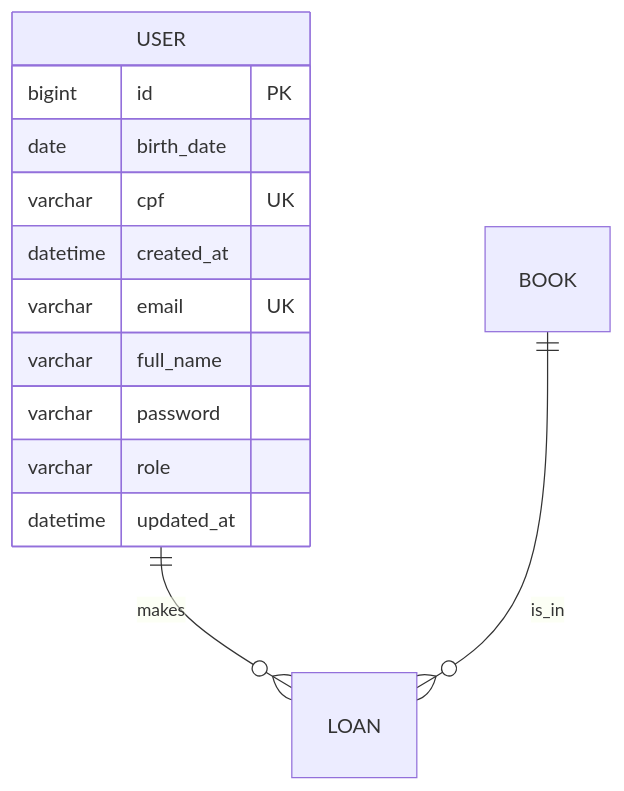
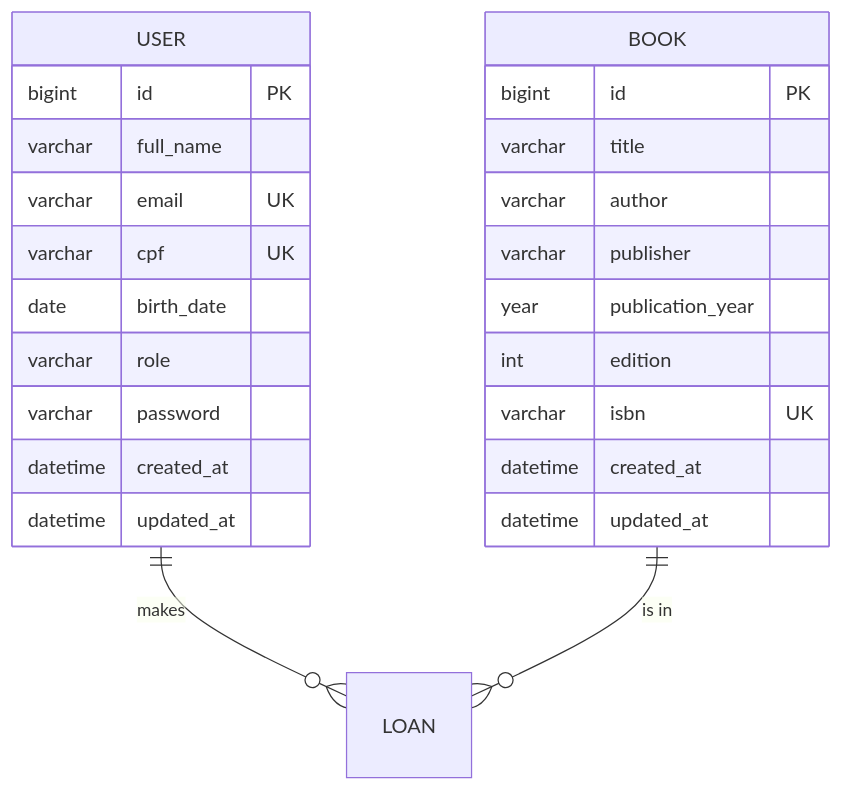
The second of 2 diagrams in README.md (alineaos/gerenciador-de-bibliotecas), drawn with Mermaid before and after one commit. The commit also changed other lines of this file, not shown here.

````diff
--- a/README.md
+++ b/README.md
@@ -49,17 +84,29 @@
 ```mermaid
 erDiagram
-    USER ||--o{ LOAN : makes
-    BOOK ||--o{ LOAN : is_in
-    
-USER {
-bigint id PK
-date birth_date
-varchar cpf UK
-datetime created_at
-varchar email UK
-varchar full_name
-varchar password
-varchar role
-datetime updated_at
-}
+    USER ||--o{ LOAN : "makes"
+    BOOK ||--o{ LOAN : "is in"
+
+    USER {
+        bigint id PK
+        varchar full_name
+        varchar email UK
+        varchar cpf UK
+        date birth_date
+        varchar role
+        varchar password
+        datetime created_at
+        datetime updated_at
+    }
+
+    BOOK {
+        bigint id PK
+        varchar title
+        varchar author
+        varchar publisher
+        year publication_year
+        int edition
+        varchar isbn UK
+        datetime created_at
+        datetime updated_at
+    }
 ```
````
